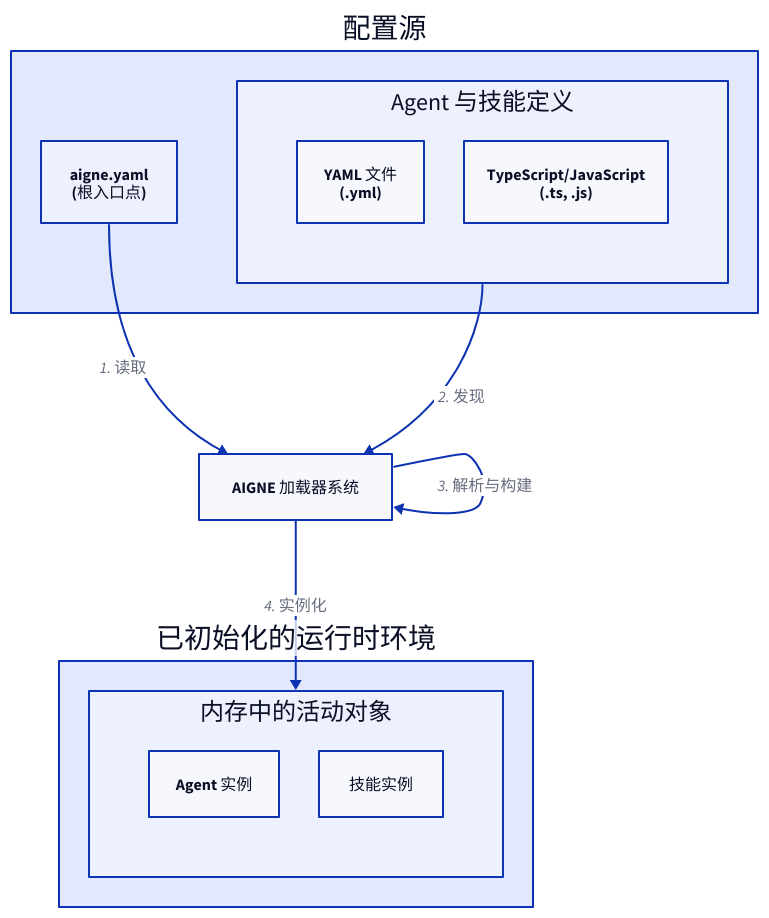
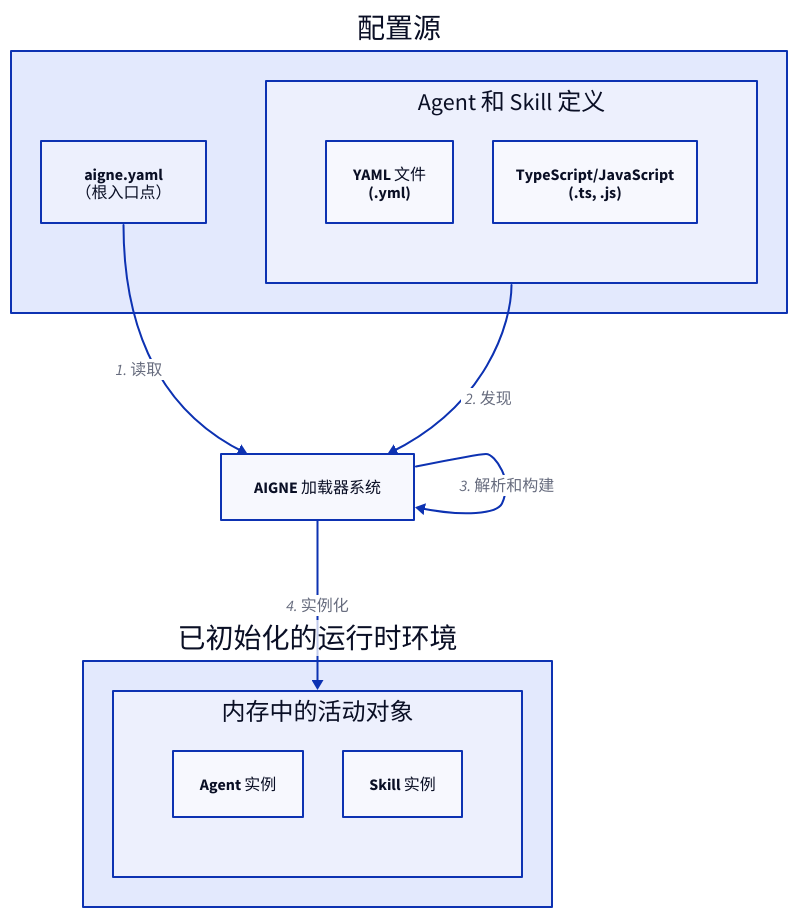
Before and after one commit to AIGNE-io/aigne-framework: the diagram in .aigne/doc-smith/docs/developer-guide-advanced-topics-defining-agents-with-yaml.zh.md, drawn with D2. The commit also changed other lines of this file and 141 other files, not shown here.

````diff
--- a/.aigne/doc-smith/docs/developer-guide-advanced-topics-defining-agents-with-yaml.zh.md
+++ b/.aigne/doc-smith/docs/developer-guide-advanced-topics-defining-agents-with-yaml.zh.md
@@ -9,43 +9,43 @@
 ```d2
 direction: down
 
 Config-Sources: {
   label: "配置源"
   shape: rectangle
 
-  aigne-yaml: "aigne.yaml\n(根入口点)"
+  aigne-yaml: "aigne.yaml\n（根入口点）"
 
   definitions: {
-    label: "Agent 与技能定义"
+    label: "Agent 和 Skill 定义"
     shape: rectangle
     grid-columns: 2
 
     yaml-files: "YAML 文件\n(.yml)"
     ts-js-files: "TypeScript/JavaScript\n(.ts, .js)"
   }
 }
 
 Loader: {
   label: "AIGNE 加载器系统"
   shape: rectangle
 }
 
 Runtime: {
   label: "已初始化的运行时环境"
   shape: rectangle
 
   Objects: {
     label: "内存中的活动对象"
     shape: rectangle
     grid-columns: 2
 
     Agent-Instances: "Agent 实例"
-    Skill-Instances: "技能实例"
+    Skill-Instances: "Skill 实例"
   }
 }
 
 Config-Sources.aigne-yaml -> Loader: "1. 读取"
 Config-Sources.definitions -> Loader: "2. 发现"
-Loader -> Loader: "3. 解析与构建"
+Loader -> Loader: "3. 解析和构建"
 Loader -> Runtime.Objects: "4. 实例化"
 ```
````
